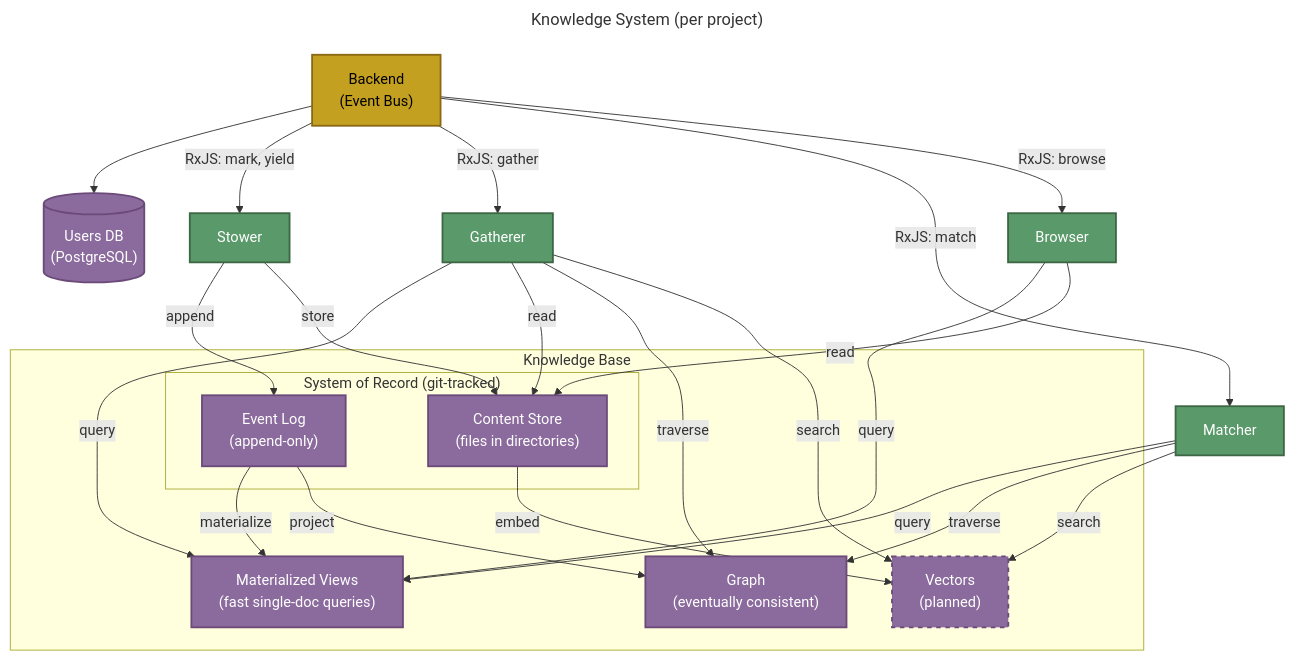
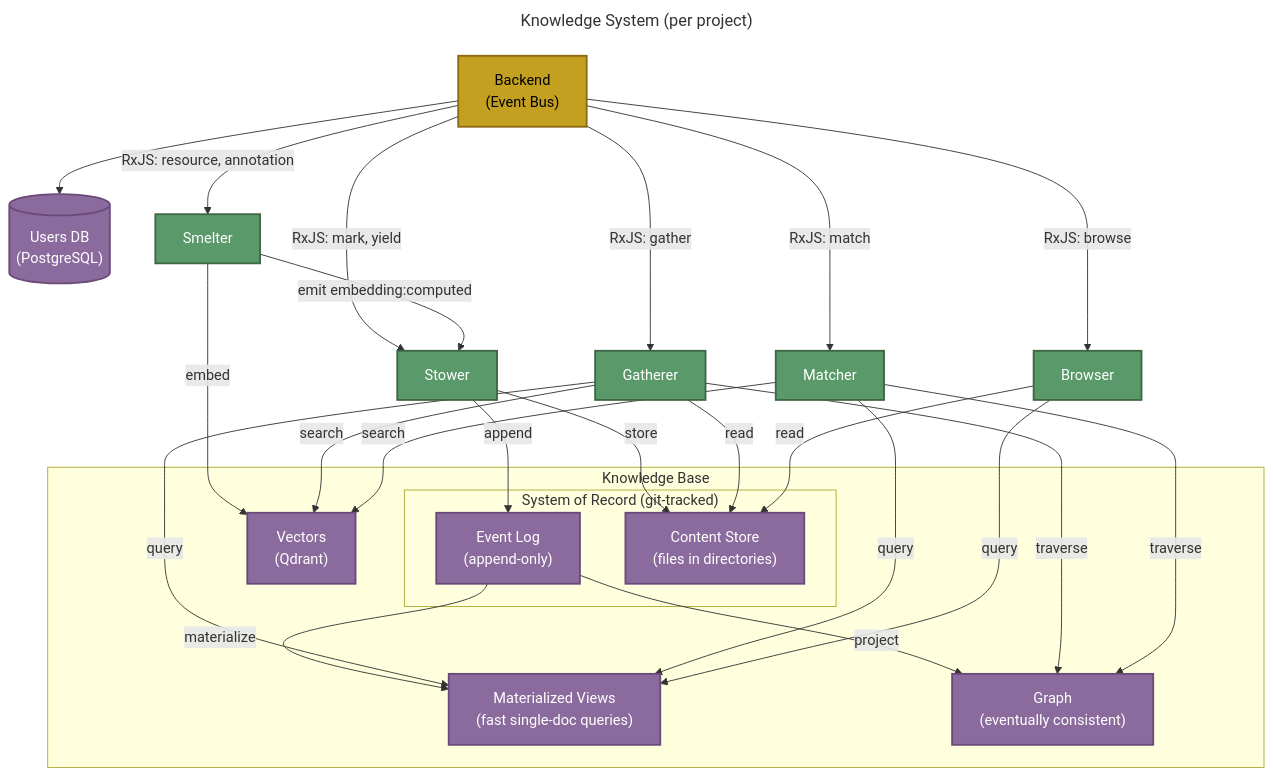
One commit to The-AI-Alliance/semiont changed the third of 3 diagrams in docs/ARCHITECTURE.md. Above: the diagram before and after it, drawn with Mermaid. The commit also changed other lines of this file and 6 other files, not shown here.

````diff
--- a/docs/ARCHITECTURE.md
+++ b/docs/ARCHITECTURE.md
@@ -126,54 +127,55 @@
 ```mermaid
 ---
 title: Knowledge System (per project)
 ---
 graph TB
     BE["Backend<br/>(Event Bus)"]
     DB[("Users DB<br/>(PostgreSQL)")]
 
     BE --> DB
 
     BE -->|"RxJS: mark, yield"| STOWER["Stower"]
     BE -->|"RxJS: gather"| GATHERER["Gatherer"]
     BE -->|"RxJS: match"| MATCHER["Matcher"]
     BE -->|"RxJS: browse"| BROWSER["Browser"]
+    BE -->|"RxJS: resource, annotation"| SMELTER["Smelter"]
 
     STOWER -->|append| EVENTLOG
     STOWER -->|store| CONTENT
+
+    SMELTER -->|embed| VECTORS
+    SMELTER -->|"emit embedding:computed"| STOWER
 
     subgraph kb ["Knowledge Base"]
         subgraph sor ["System of Record (git-tracked)"]
             EVENTLOG["Event Log<br/>(append-only)"]
             CONTENT["Content Store<br/>(files in directories)"]
         end
         VIEWS["Materialized Views<br/>(fast single-doc queries)"]
         GRAPH["Graph<br/>(eventually consistent)"]
-        VECTORS["Vectors<br/>(planned)"]
+        VECTORS["Vectors<br/>(Qdrant)"]
 
         EVENTLOG -->|materialize| VIEWS
         EVENTLOG -->|project| GRAPH
-        CONTENT -->|embed| VECTORS
     end
 
     GATHERER -->|query| VIEWS
     GATHERER -->|read| CONTENT
     GATHERER -->|traverse| GRAPH
     GATHERER -->|search| VECTORS
 
     MATCHER -->|query| VIEWS
     MATCHER -->|traverse| GRAPH
     MATCHER -->|search| VECTORS
 
     BROWSER -->|query| VIEWS
     BROWSER -->|read| CONTENT
 
     classDef backend fill:#c4a020,stroke:#8b6914,stroke-width:2px,color:#000
     classDef store fill:#8b6b9d,stroke:#6b4a7a,stroke-width:2px,color:#fff
-    classDef planned fill:#8b6b9d,stroke:#6b4a7a,stroke-width:2px,color:#fff,stroke-dasharray: 5 5
     classDef worker fill:#5a9a6a,stroke:#3d6644,stroke-width:2px,color:#fff
 
     class BE backend
-    class DB,EVENTLOG,VIEWS,CONTENT,GRAPH store
-    class VECTORS planned
-    class STOWER,GATHERER,MATCHER,BROWSER worker
+    class DB,EVENTLOG,VIEWS,CONTENT,GRAPH,VECTORS store
+    class STOWER,GATHERER,MATCHER,BROWSER,SMELTER worker
 ```
````
